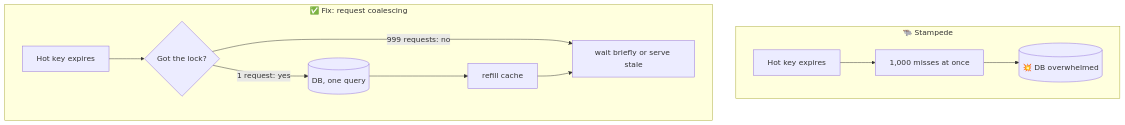
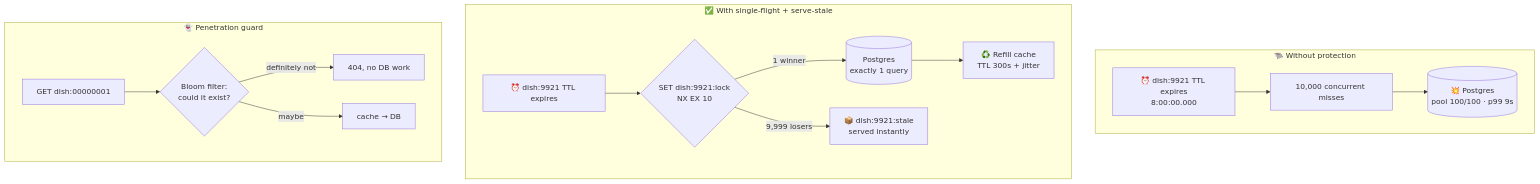
Before and after one commit to winnyboy5/System-Design-from-Atoms: the diagram in phases/04-caching/032-cache-stampede-and-hot-keys.md, drawn with Mermaid. The commit also changed other lines of this file, not shown here.

First line of the commit message:
Rewrite lesson 032 (cache stampede, hot keys, penetration) in cinematic narrative style

````diff
--- a/phases/04-caching/032-cache-stampede-and-hot-keys.md
+++ b/phases/04-caching/032-cache-stampede-and-hot-keys.md
@@ -27,14 +39,18 @@
 ```mermaid
 flowchart TB
-    subgraph S["🐃 Stampede"]
-        K["Hot key expires"] --> M1["1,000 misses at once"]
-        M1 --> DB1[("💥 DB overwhelmed")]
+    subgraph S["🐃 Without protection"]
+        K["⏰ dish:9921 TTL expires<br/>8:00:00.000"] --> M1["10,000 concurrent misses"]
+        M1 --> DB1[("💥 Postgres<br/>pool 100/100 · p99 9s")]
     end
-    subgraph Fix["✅ Fix: request coalescing"]
-        K2["Hot key expires"] --> L{"Got the lock?"}
-        L -->|"1 request: yes"| DB2[("DB, one query")]
-        L -->|"999 requests: no"| W["wait briefly or serve stale"]
-        DB2 --> C["refill cache"]
-        C --> W
+    subgraph Fix["✅ With single-flight + serve-stale"]
+        K2["⏰ dish:9921 TTL expires"] --> L{"SET dish:9921:lock<br/>NX EX 10"}
+        L -->|"1 winner"| DB2[("Postgres<br/>exactly 1 query")]
+        L -->|"9,999 losers"| ST["📦 dish:9921:stale<br/>served instantly"]
+        DB2 --> C["♻️ Refill cache<br/>TTL 300s + jitter"]
+    end
+    subgraph P["👻 Penetration guard"]
+        R["GET dish:00000001"] --> BF{"Bloom filter:<br/>could it exist?"}
+        BF -->|"definitely not"| X["404, no DB work"]
+        BF -->|"maybe"| CA["cache → DB"]
     end
 ```
````
